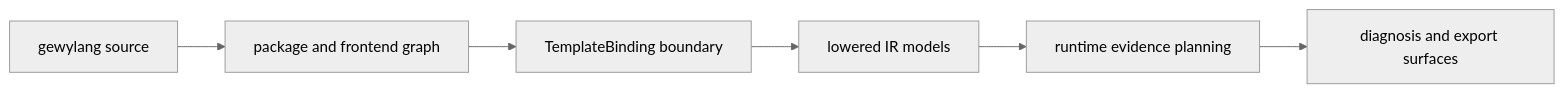
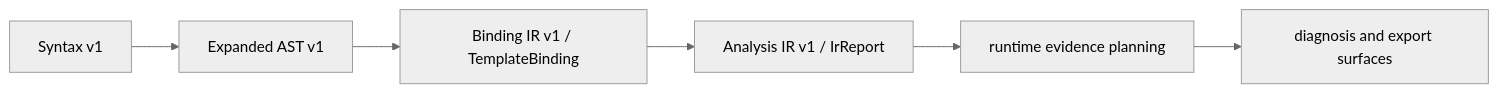
One commit to Team-silvortex/gewyvern changed the diagram in docs/gewylang-evolution.md. Above: the diagram before and after it, drawn with Mermaid (neutral theme). The commit also changed other lines of this file and 44 other files, not shown here.

````diff
--- a/docs/gewylang-evolution.md
+++ b/docs/gewylang-evolution.md
@@ -48,8 +49,8 @@
 ```mermaid
 flowchart LR
-    A["gewylang source"] --> B["package and frontend graph"]
-    B --> C["TemplateBinding boundary"]
-    C --> D["lowered IR models"]
+    A["Syntax v1"] --> B["Expanded AST v1"]
+    B --> C["Binding IR v1 / TemplateBinding"]
+    C --> D["Analysis IR v1 / IrReport"]
     D --> E["runtime evidence planning"]
     E --> F["diagnosis and export surfaces"]
 ```
````
